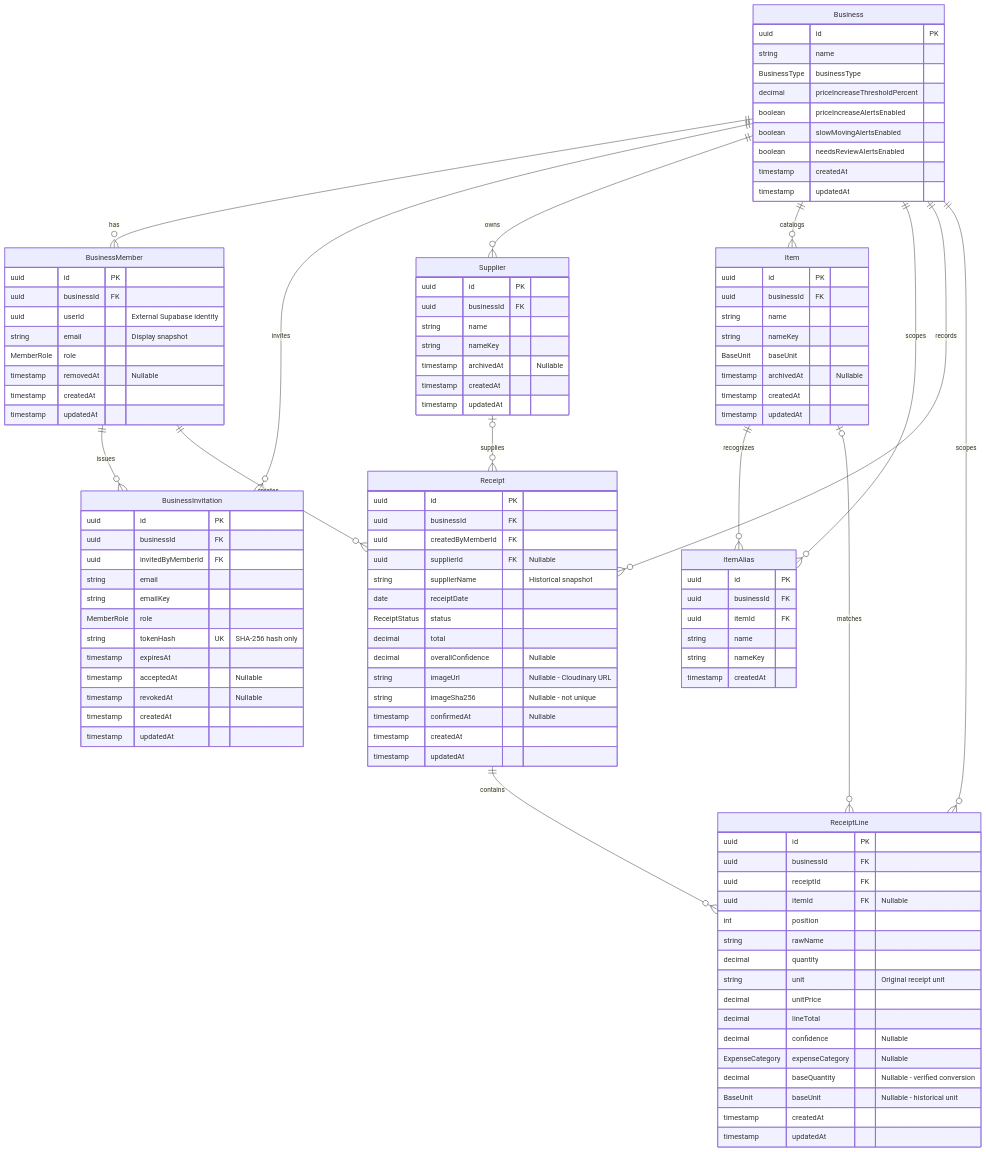
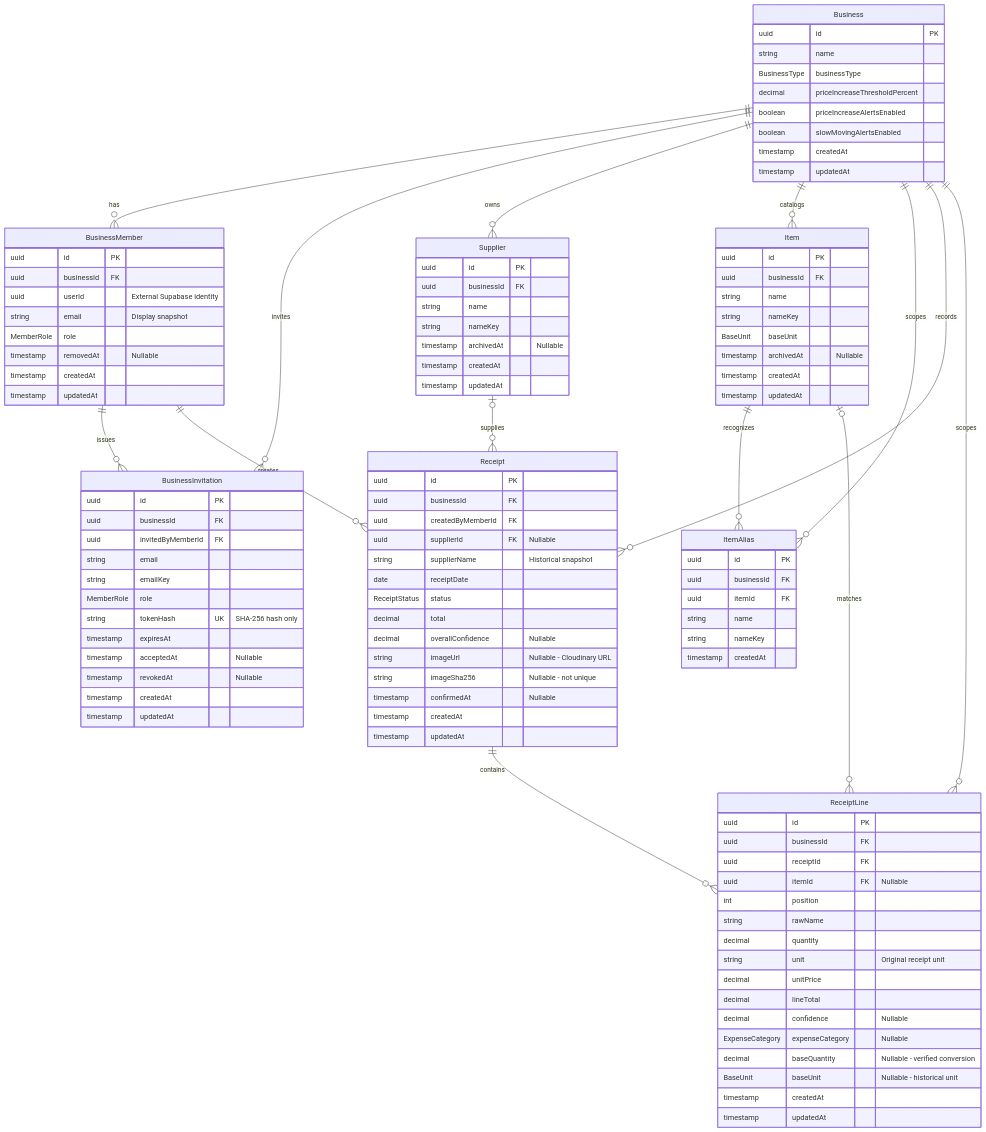
One commit to tingclarice/onyxa changed the diagram in prisma/database-schema.mmd. Above: the diagram before and after it, drawn with Mermaid. The commit also changed 4 other files, not shown here.

```diff
--- a/prisma/database-schema.mmd
+++ b/prisma/database-schema.mmd
@@ -1,111 +1,110 @@
 erDiagram
     Business ||--o{ BusinessMember : has
     Business ||--o{ BusinessInvitation : invites
     Business ||--o{ Supplier : owns
     Business ||--o{ Item : catalogs
     Business ||--o{ ItemAlias : scopes
     Business ||--o{ Receipt : records
     Business ||--o{ ReceiptLine : scopes
     BusinessMember ||--o{ BusinessInvitation : issues
     BusinessMember ||--o{ Receipt : creates
     Supplier |o--o{ Receipt : supplies
     Item ||--o{ ItemAlias : recognizes
     Item |o--o{ ReceiptLine : matches
     Receipt ||--o{ ReceiptLine : contains
 
     Business {
         uuid id PK
         string name
         BusinessType businessType
         decimal priceIncreaseThresholdPercent
         boolean priceIncreaseAlertsEnabled
         boolean slowMovingAlertsEnabled
-        boolean needsReviewAlertsEnabled
         timestamp createdAt
         timestamp updatedAt
     }
     BusinessMember {
         uuid id PK
         uuid businessId FK
         uuid userId "External Supabase identity"
         string email "Display snapshot"
         MemberRole role
         timestamp removedAt "Nullable"
         timestamp createdAt
         timestamp updatedAt
     }
     BusinessInvitation {
         uuid id PK
         uuid businessId FK
         uuid invitedByMemberId FK
         string email
         string emailKey
         MemberRole role
         string tokenHash UK "SHA-256 hash only"
         timestamp expiresAt
         timestamp acceptedAt "Nullable"
         timestamp revokedAt "Nullable"
         timestamp createdAt
         timestamp updatedAt
     }
     Supplier {
         uuid id PK
         uuid businessId FK
         string name
         string nameKey
         timestamp archivedAt "Nullable"
         timestamp createdAt
         timestamp updatedAt
     }
     Item {
         uuid id PK
         uuid businessId FK
         string name
         string nameKey
         BaseUnit baseUnit
         timestamp archivedAt "Nullable"
         timestamp createdAt
         timestamp updatedAt
     }
     ItemAlias {
         uuid id PK
         uuid businessId FK
         uuid itemId FK
         string name
         string nameKey
         timestamp createdAt
     }
     Receipt {
         uuid id PK
         uuid businessId FK
         uuid createdByMemberId FK
         uuid supplierId FK "Nullable"
         string supplierName "Historical snapshot"
         date receiptDate
         ReceiptStatus status
         decimal total
         decimal overallConfidence "Nullable"
         string imageUrl "Nullable - Cloudinary URL"
         string imageSha256 "Nullable - not unique"
         timestamp confirmedAt "Nullable"
         timestamp createdAt
         timestamp updatedAt
     }
     ReceiptLine {
         uuid id PK
         uuid businessId FK
         uuid receiptId FK
         uuid itemId FK "Nullable"
         int position
         string rawName
         decimal quantity
         string unit "Original receipt unit"
         decimal unitPrice
         decimal lineTotal
         decimal confidence "Nullable"
         ExpenseCategory expenseCategory "Nullable"
         decimal baseQuantity "Nullable - verified conversion"
         BaseUnit baseUnit "Nullable - historical unit"
         timestamp createdAt
         timestamp updatedAt
     }
```
